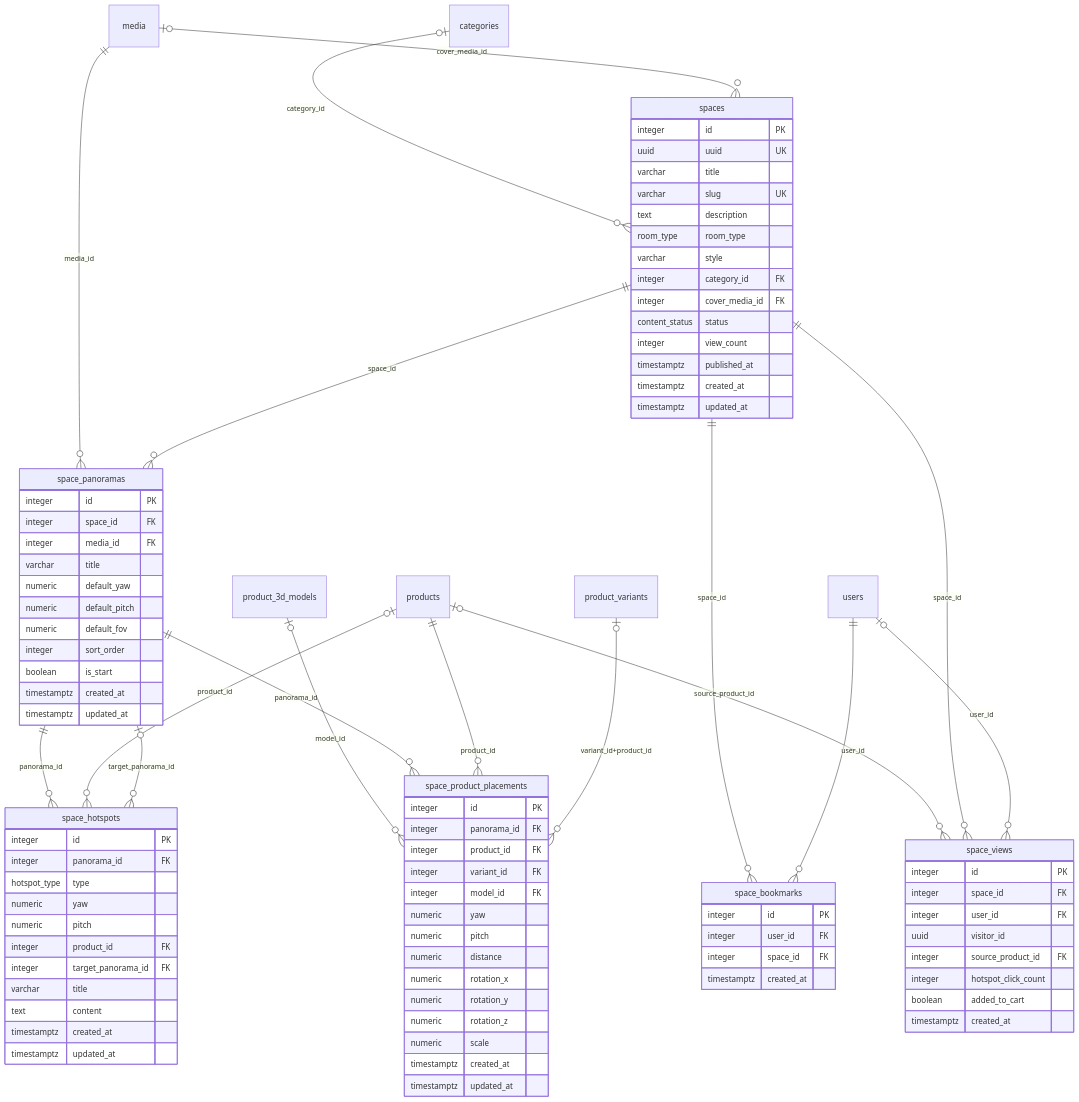
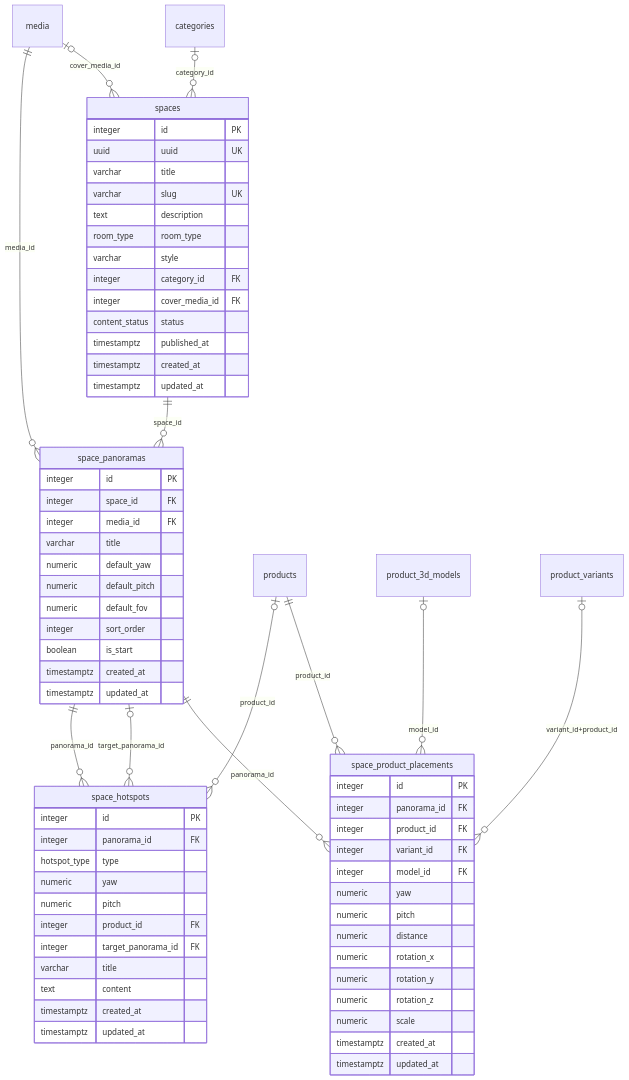
One commit to 2431540234-arch/XDUDTMDT changed the seventh of 9 diagrams in docs/DATABASE_SCHEMA.md. Above: the diagram before and after it, drawn with Mermaid. The commit also changed other lines of this file and 19 other files, not shown here.

First line of the commit message:
docs: cập nhật tài liệu theo schema 32 bảng

````diff
--- a/docs/DATABASE_SCHEMA.md
+++ b/docs/DATABASE_SCHEMA.md
@@ -1768,7 +1266,6 @@
         integer category_id FK
         integer cover_media_id FK
         content_status status
-        integer view_count
         timestamptz published_at
         timestamptz created_at
         timestamptz updated_at
@@ -1815,24 +1312,6 @@
         timestamptz created_at
         timestamptz updated_at
     }
-    space_bookmarks {
-        integer id PK
-        integer user_id FK
-        integer space_id FK
-        timestamptz created_at
-    }
-    space_views {
-        integer id PK
-        integer space_id FK
-        integer user_id FK
-        uuid visitor_id
-        integer source_product_id FK
-        integer hotspot_click_count
-        boolean added_to_cart
-        timestamptz created_at
-    }
-    spaces ||--o{ space_bookmarks : "space_id"
-    users ||--o{ space_bookmarks : "user_id"
     space_panoramas ||--o{ space_hotspots : "panorama_id"
     products |o--o{ space_hotspots : "product_id"
     space_panoramas |o--o{ space_hotspots : "target_panorama_id"
@@ -1844,7 +1323,4 @@
     product_variants |o--o{ space_product_placements : "variant_id+product_id"
     categories |o--o{ spaces : "category_id"
     media |o--o{ spaces : "cover_media_id"
-    products |o--o{ space_views : "source_product_id"
-    spaces ||--o{ space_views : "space_id"
-    users |o--o{ space_views : "user_id"
 ```
````
